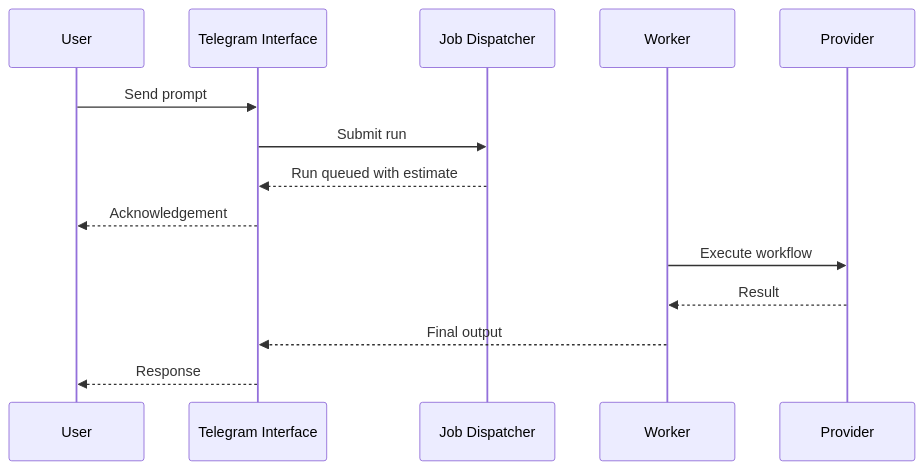
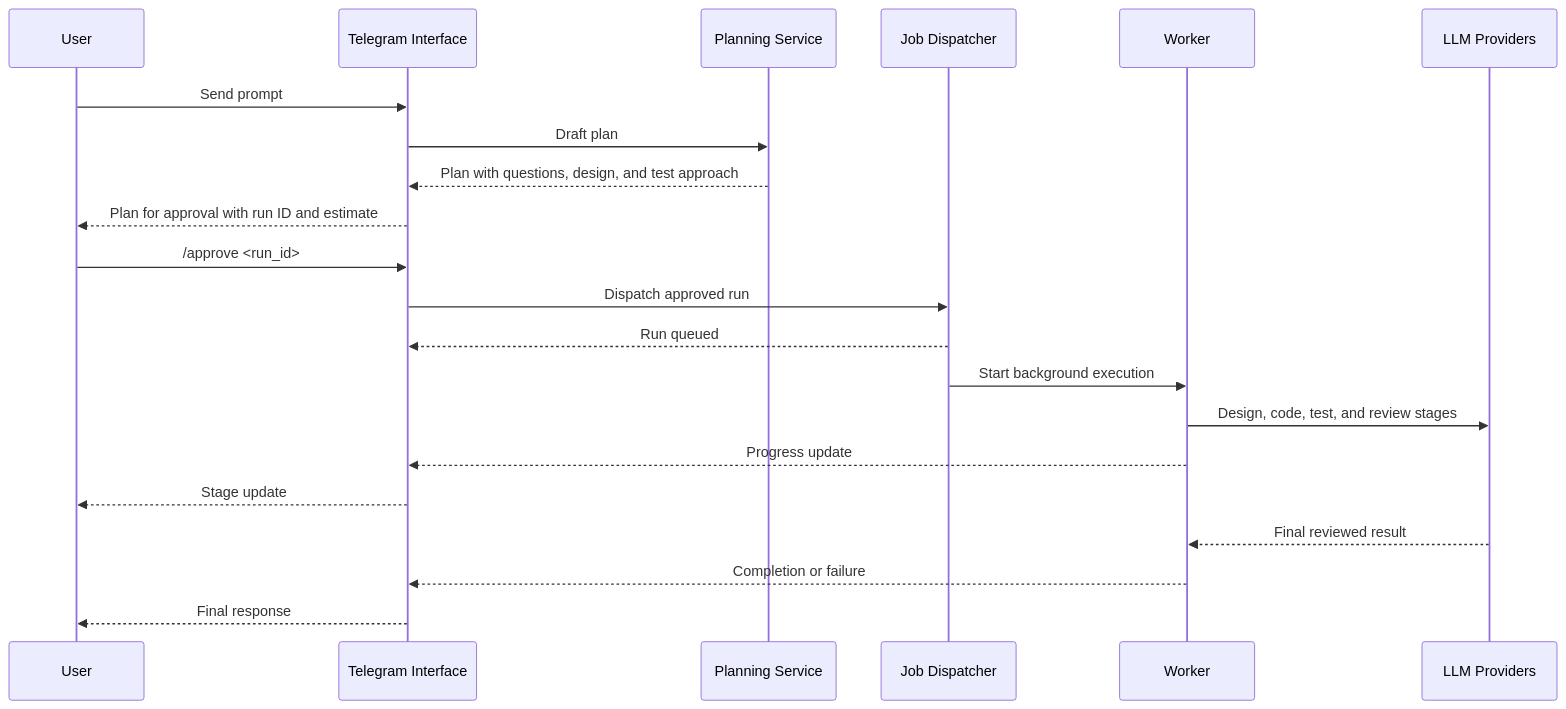
One commit to djwinter29-oss/MergeMate changed the diagram in docs/diagrams/sequence-message-flow.mmd. Above: the diagram before and after it, drawn with Mermaid. The commit also changed 58 other files, not shown here.

```diff
--- a/docs/diagrams/sequence-message-flow.mmd
+++ b/docs/diagrams/sequence-message-flow.mmd
@@ -1,15 +1,22 @@
 sequenceDiagram
     participant U as User
     participant T as Telegram Interface
+    participant P as Planning Service
     participant J as Job Dispatcher
     participant W as Worker
-    participant P as Provider
+    participant L as LLM Providers
 
     U->>T: Send prompt
-    T->>J: Submit run
-    J-->>T: Run queued with estimate
-    T-->>U: Acknowledgement
-    W->>P: Execute workflow
-    P-->>W: Result
-    W-->>T: Final output
-    T-->>U: Response
+    T->>P: Draft plan
+    P-->>T: Plan with questions, design, and test approach
+    T-->>U: Plan for approval with run ID and estimate
+    U->>T: /approve <run_id>
+    T->>J: Dispatch approved run
+    J-->>T: Run queued
+    J->>W: Start background execution
+    W->>L: Design, code, test, and review stages
+    W-->>T: Progress update
+    T-->>U: Stage update
+    L-->>W: Final reviewed result
+    W-->>T: Completion or failure
+    T-->>U: Final response
```
